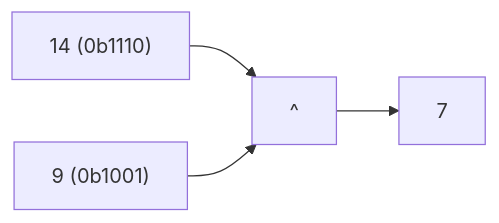
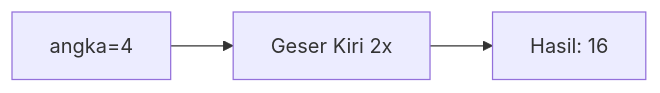
The seventh of 25 diagrams in part-c-pemahaman-cpp/06-bitwise/latihan/set-03.md (amnahwaida/OSNK_INF_PREP), drawn with Mermaid before and after one commit. The commit also changed other lines of this file and 71 other files, not shown here.

````diff
--- a/part-c-pemahaman-cpp/06-bitwise/latihan/set-03.md
+++ b/part-c-pemahaman-cpp/06-bitwise/latihan/set-03.md
@@ -179,6 +184,5 @@
 ```mermaid
 graph LR
-A["14 (0b1110)"] --> C["^"]
-B["9 (0b1001)"] --> C
-C --> D["7"]
+A["angka=4"] --> B["Geser Kiri 2x"]
+B --> C["Hasil: 16"]
 ```
````
